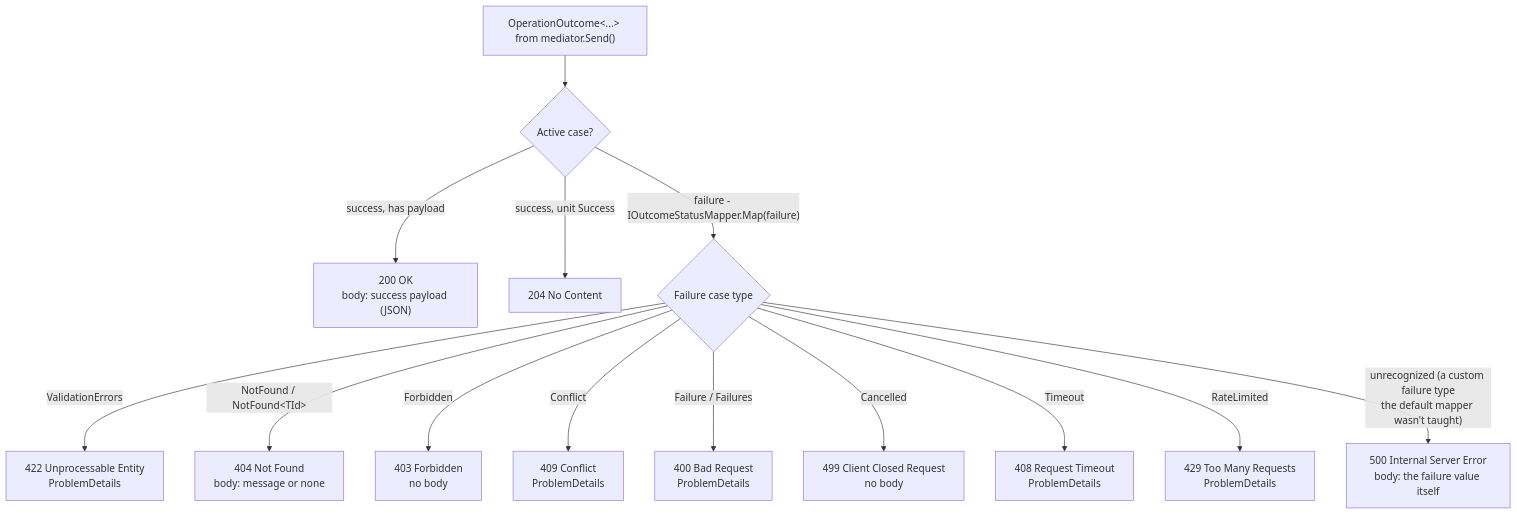
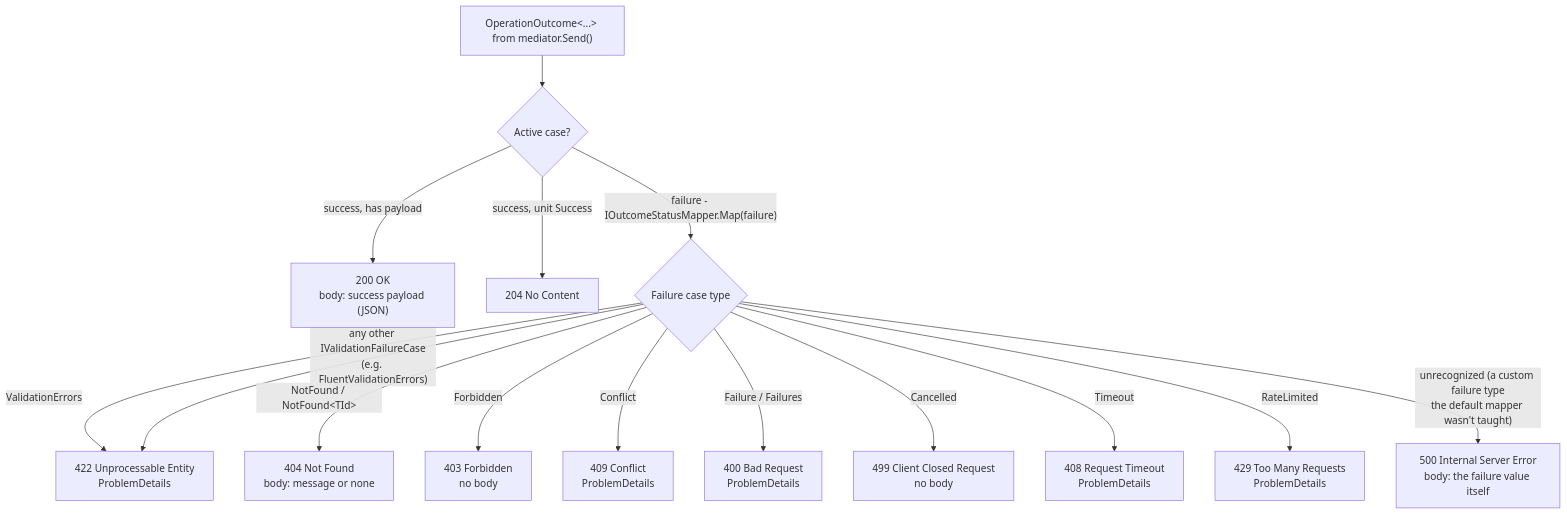
The diagram in documentation/aspnetcore-integration.md (rheone/interlocutor), drawn with Mermaid before and after one commit. The commit also changed other lines of this file and 25 other files, not shown here.

First line of the commit message:
feat: add FluentValidationErrors and IValidationFailureCase fidelity

````diff
--- a/documentation/aspnetcore-integration.md
+++ b/documentation/aspnetcore-integration.md
@@ -77,16 +77,17 @@
 ```mermaid
 flowchart TD
     Outcome["OperationOutcome&lt;...&gt; from mediator.Send()"] --> IsSuccess{"Active case?"}
     IsSuccess -->|"success, has payload"| Ok200["200 OK<br/>body: success payload (JSON)"]
     IsSuccess -->|"success, unit Success"| NoContent204["204 No Content"]
     IsSuccess -->|"failure - IOutcomeStatusMapper.Map(failure)"| CaseType{"Failure case type"}
     CaseType -->|"ValidationErrors"| Unprocessable422["422 Unprocessable Entity<br/>ProblemDetails"]
+    CaseType -->|"any other IValidationFailureCase<br/>(e.g. FluentValidationErrors)"| Unprocessable422
     CaseType -->|"NotFound / NotFound&lt;TId&gt;"| NotFound404["404 Not Found<br/>body: message or none"]
     CaseType -->|"Forbidden"| Forbidden403["403 Forbidden<br/>no body"]
     CaseType -->|"Conflict"| Conflict409["409 Conflict<br/>ProblemDetails"]
     CaseType -->|"Failure / Failures"| Bad400["400 Bad Request<br/>ProblemDetails"]
     CaseType -->|"Cancelled"| ClientClosed499["499 Client Closed Request<br/>no body"]
     CaseType -->|"Timeout"| Timeout408["408 Request Timeout<br/>ProblemDetails"]
     CaseType -->|"RateLimited"| TooMany429["429 Too Many Requests<br/>ProblemDetails"]
     CaseType -->|"unrecognized (a custom failure type<br/>the default mapper wasn't taught)"| Error500["500 Internal Server Error<br/>body: the failure value itself"]
 ```
````
